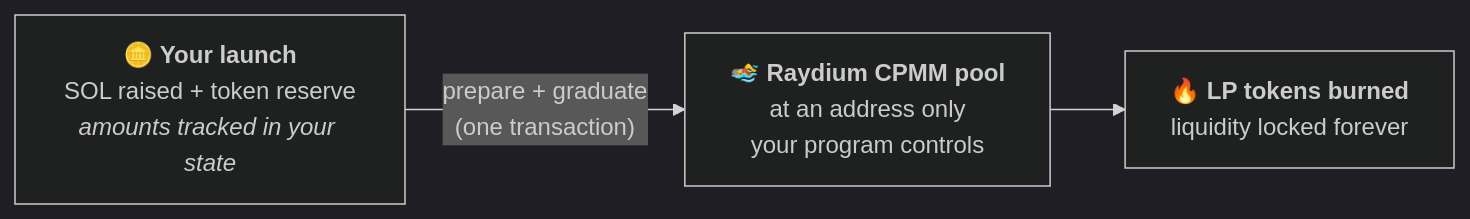
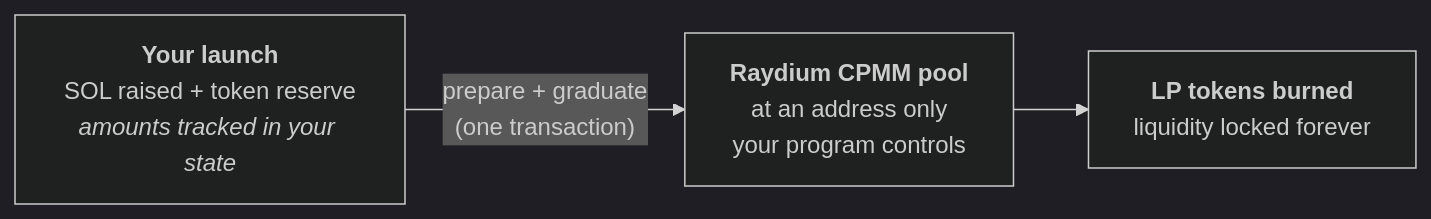
The first of 2 diagrams in README.md (FransmanKC/anchor-raydium-cpmm), drawn with Mermaid (dark theme) before and after one commit. The commit also changed other lines of this file and 3 other files, not shown here.

````diff
--- a/README.md
+++ b/README.md
@@ -27,7 +29,7 @@
 ```mermaid
 flowchart LR
-    A["🪙 <b>Your launch</b><br/>SOL raised + token reserve<br/><i>amounts tracked in your state</i>"]
-    B["🏊 <b>Raydium CPMM pool</b><br/>at an address only<br/>your program controls"]
-    C["🔥 <b>LP tokens burned</b><br/>liquidity locked forever"]
+    A["<b>Your launch</b><br/>SOL raised + token reserve<br/><i>amounts tracked in your state</i>"]
+    B["<b>Raydium CPMM pool</b><br/>at an address only<br/>your program controls"]
+    C["<b>LP tokens burned</b><br/>liquidity locked forever"]
     A -->|"prepare + graduate<br/>(one transaction)"| B --> C
 ```
````
